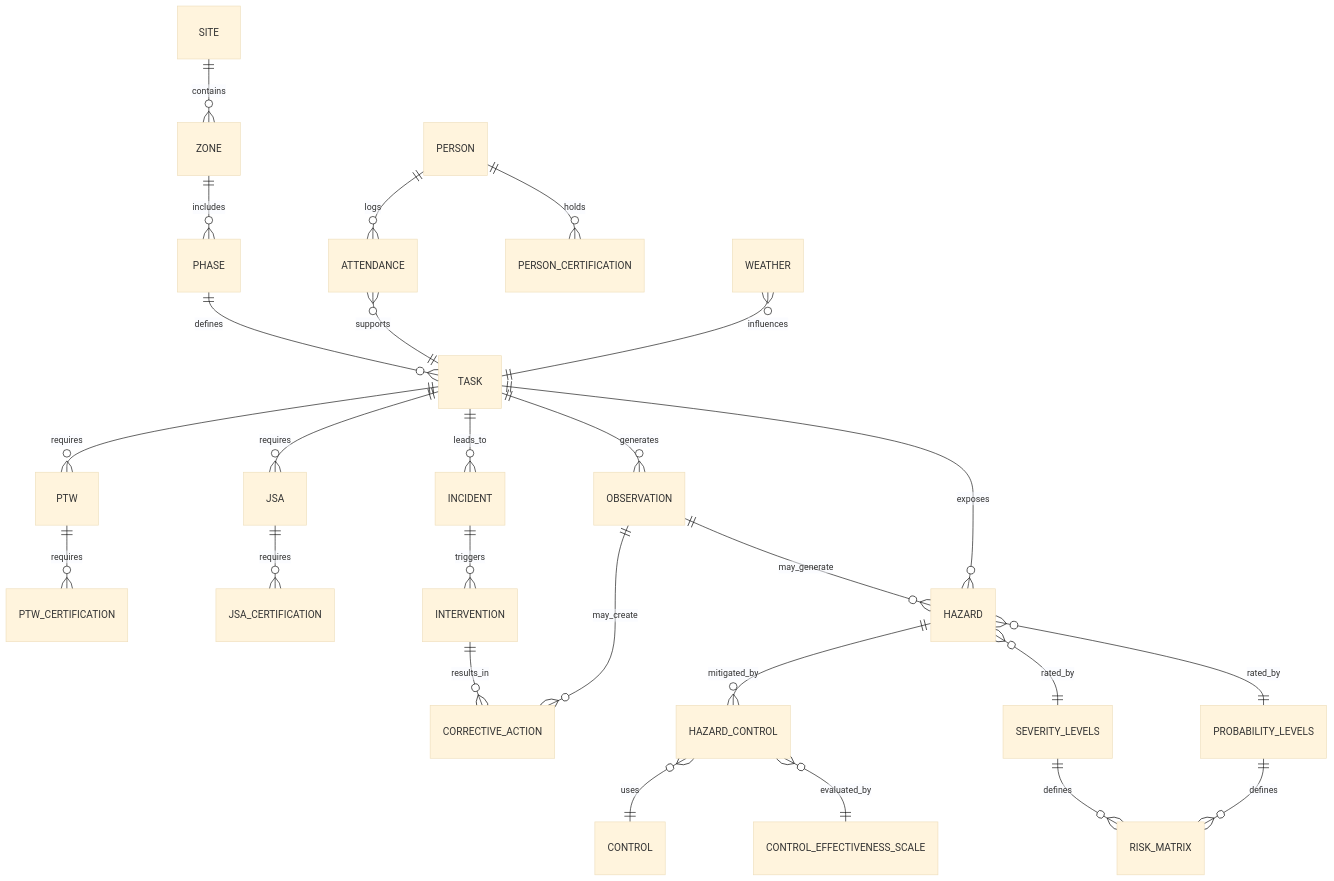
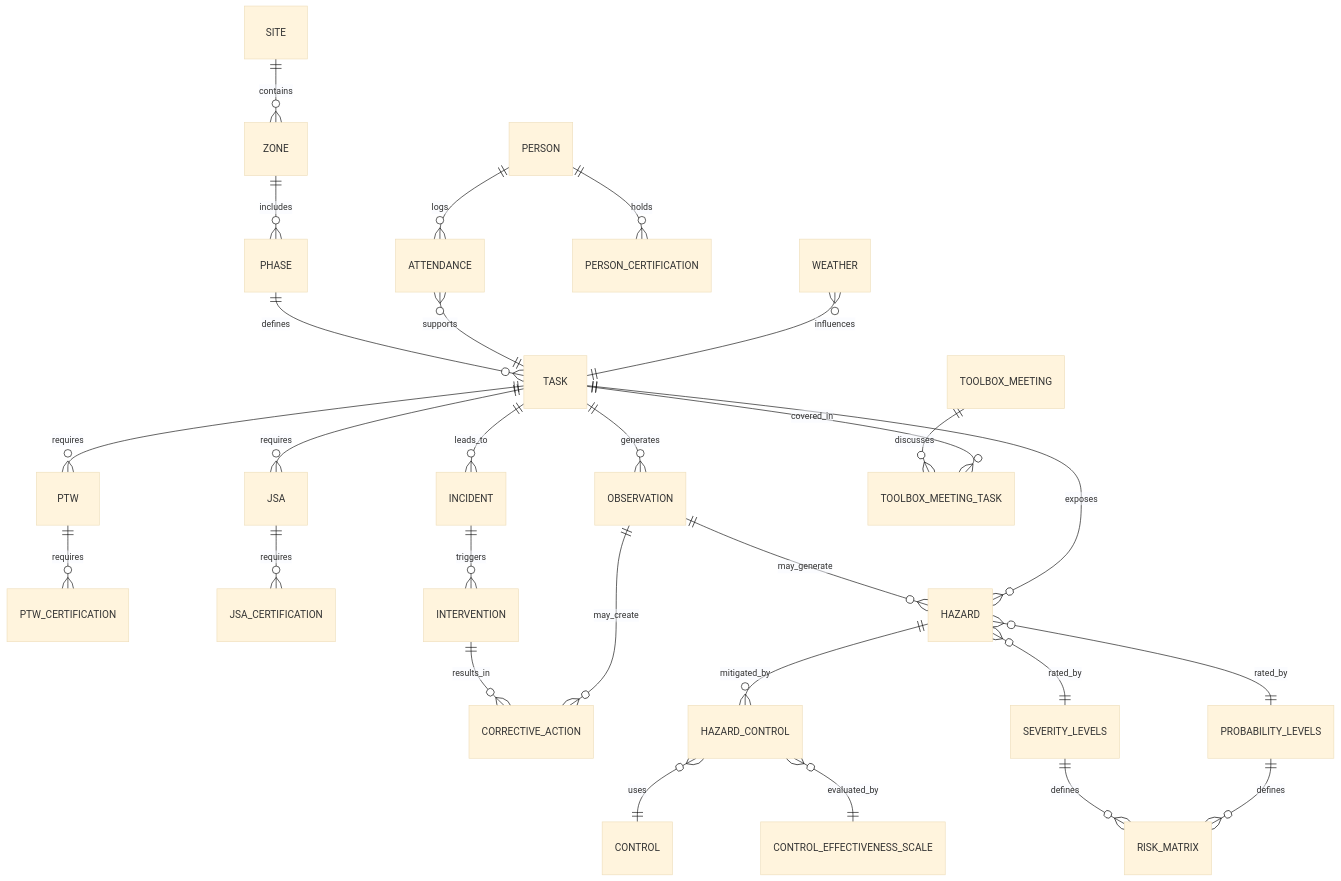
The diagram in README.md (Euchie23/HSEQ_Risk_Intel), drawn with Mermaid (base theme) before and after one commit. The commit also changed other lines of this file, not shown here.

````diff
--- a/README.md
+++ b/README.md
@@ -58,37 +58,41 @@
 ```mermaid
 erDiagram
     SITE ||--o{ ZONE : contains
     ZONE ||--o{ PHASE : includes
     PHASE ||--o{ TASK : defines
 
     PERSON ||--o{ ATTENDANCE : logs
     ATTENDANCE }o--|| TASK : supports
 
     TASK ||--o{ PTW : requires
     TASK ||--o{ JSA : requires
 
     PERSON ||--o{ PERSON_CERTIFICATION : holds
     PTW ||--o{ PTW_CERTIFICATION : requires
     JSA ||--o{ JSA_CERTIFICATION : requires
 
     TASK ||--o{ INCIDENT : leads_to
     INCIDENT ||--o{ INTERVENTION : triggers
     INTERVENTION ||--o{ CORRECTIVE_ACTION : results_in
 
     TASK ||--o{ OBSERVATION : generates
     OBSERVATION ||--o{ HAZARD : may_generate
     OBSERVATION ||--o{ CORRECTIVE_ACTION : may_create
 
     TASK ||--o{ HAZARD : exposes
     HAZARD ||--o{ HAZARD_CONTROL : mitigated_by
     HAZARD_CONTROL }o--|| CONTROL : uses
 
     HAZARD }o--|| SEVERITY_LEVELS : rated_by
     HAZARD }o--|| PROBABILITY_LEVELS : rated_by
     SEVERITY_LEVELS ||--o{ RISK_MATRIX : defines
     PROBABILITY_LEVELS ||--o{ RISK_MATRIX : defines
 
     HAZARD_CONTROL }o--|| CONTROL_EFFECTIVENESS_SCALE : evaluated_by
 
     WEATHER }o--|| TASK : influences
+
+    TOOLBOX_MEETING ||--o{ TOOLBOX_MEETING_TASK : discusses
+    TASK ||--o{ TOOLBOX_MEETING_TASK : covered_in
+
 ```
````
